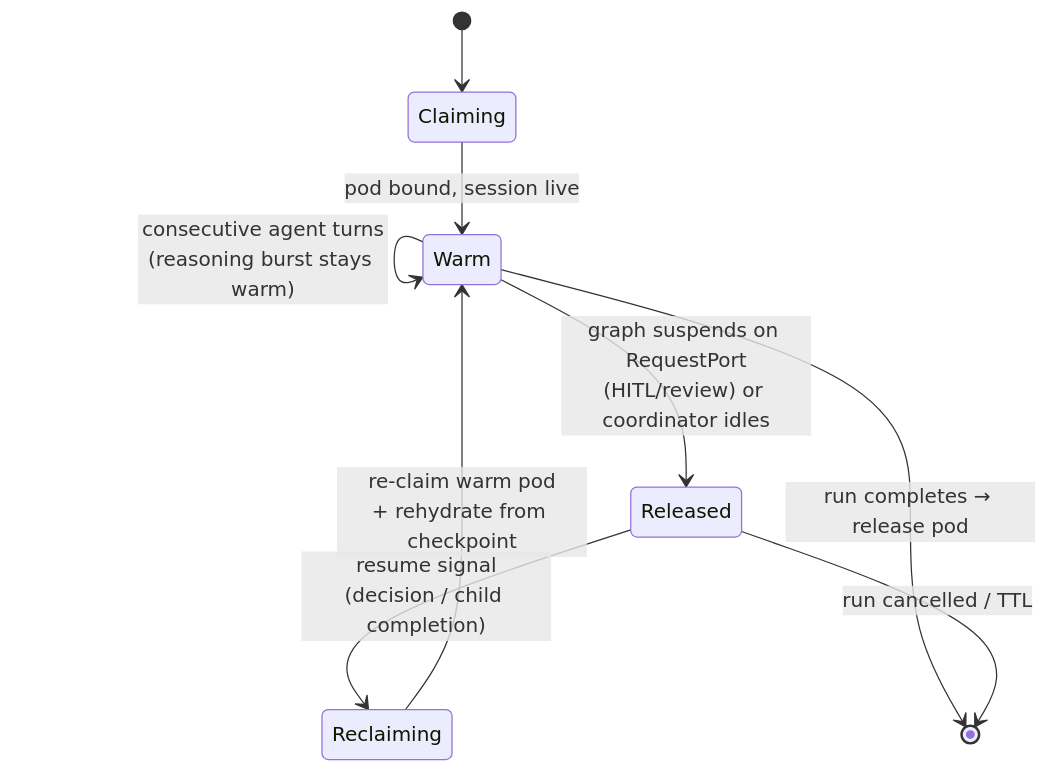
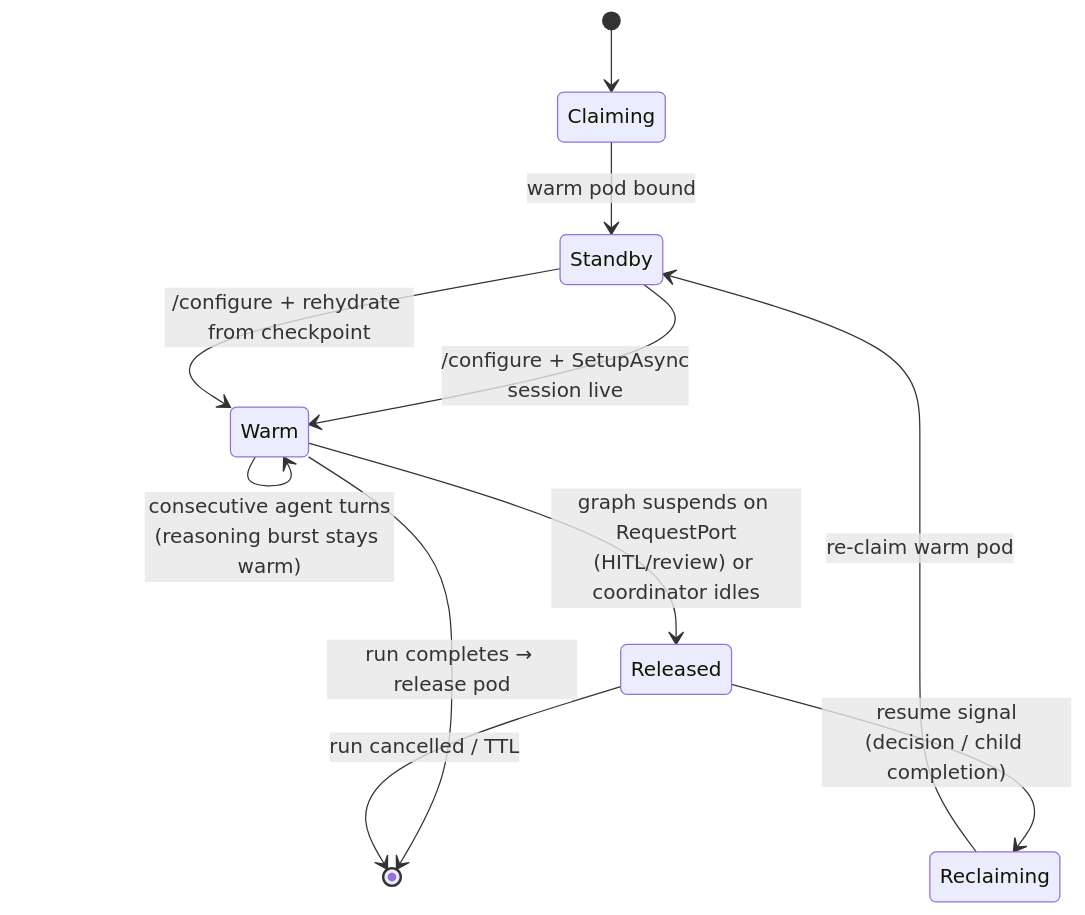
Before and after one commit to sabbour/agentweaver: the fifth of 6 diagrams in docs/deep-dive/sandbox-pod-execution.md, drawn with Mermaid. The commit also changed other lines of this file and 40 other files, not shown here.

````diff
--- a/docs/deep-dive/sandbox-pod-execution.md
+++ b/docs/deep-dive/sandbox-pod-execution.md
@@ -366,11 +349,13 @@
 ```mermaid
 stateDiagram-v2
     [*] --> Claiming
-    Claiming --> Warm: pod bound, session live
+    Claiming --> Standby: warm pod bound
+    Standby --> Warm: /configure + SetupAsync<br/>session live
     Warm --> Warm: consecutive agent turns<br/>(reasoning burst stays warm)
     Warm --> Released: graph suspends on RequestPort<br/>(HITL/review) or coordinator idles
     Released --> Reclaiming: resume signal<br/>(decision / child completion)
-    Reclaiming --> Warm: re-claim warm pod<br/>+ rehydrate from checkpoint
+    Reclaiming --> Standby: re-claim warm pod
+    Standby --> Warm: /configure + rehydrate from checkpoint
     Warm --> [*]: run completes → release pod
     Released --> [*]: run cancelled / TTL
 ```
````
